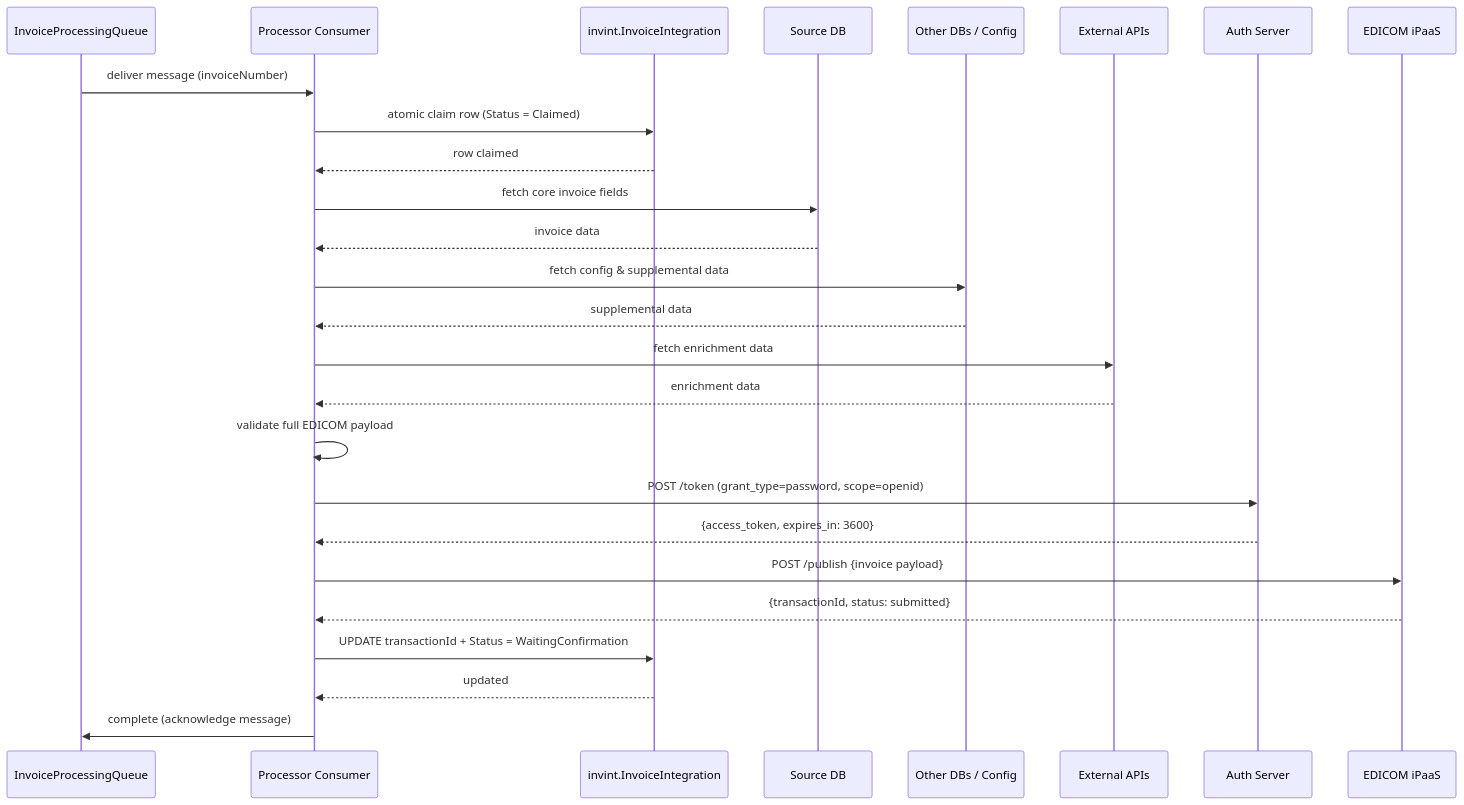
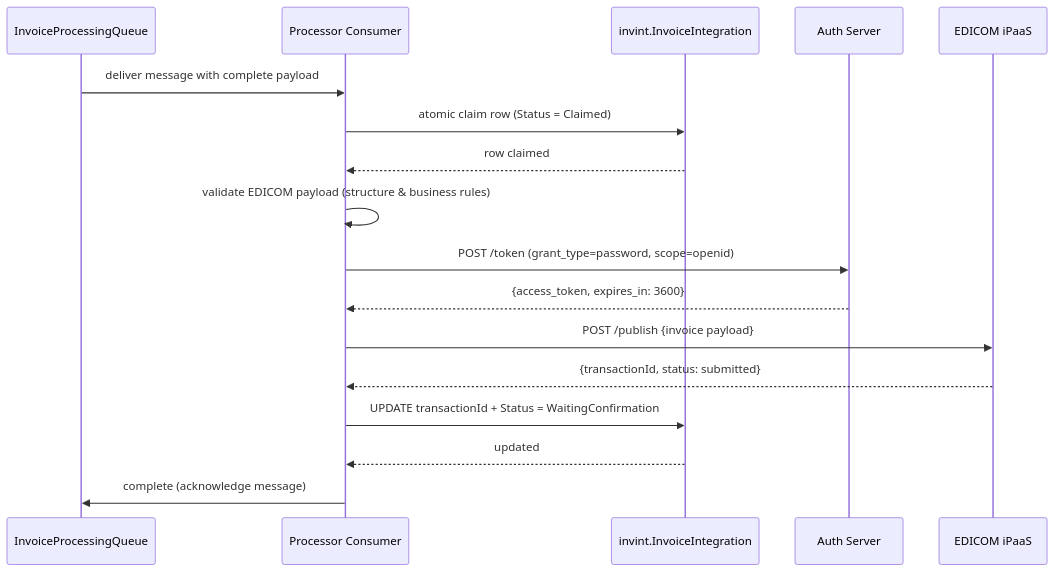
One commit to ctorresunimag95/Designs changed the fourth of 6 diagrams in InvoiceIntegrator/ARCHITECTURE-OPTIONS.md. Above: the diagram before and after it, drawn with Mermaid. The commit also changed other lines of this file and 1 other file, not shown here.

````diff
--- a/InvoiceIntegrator/ARCHITECTURE-OPTIONS.md
+++ b/InvoiceIntegrator/ARCHITECTURE-OPTIONS.md
@@ -149,34 +159,24 @@
 ```mermaid
 sequenceDiagram
   participant Queue as InvoiceProcessingQueue
   participant Proc as Processor Consumer
   participant IntDB as invint.InvoiceIntegration
-  participant SrcDB as Source DB
-  participant OtherDB as Other DBs / Config
-  participant ExtAPI as External APIs
   participant Auth as Auth Server
   participant Edicom as EDICOM iPaaS
 
-  Queue->>Proc: deliver message (invoiceNumber)
+  Queue->>Proc: deliver message with complete payload
   Proc->>IntDB: atomic claim row (Status = Claimed)
   IntDB-->>Proc: row claimed
 
-  Proc->>SrcDB: fetch core invoice fields
-  SrcDB-->>Proc: invoice data
-  Proc->>OtherDB: fetch config & supplemental data
-  OtherDB-->>Proc: supplemental data
-  Proc->>ExtAPI: fetch enrichment data
-  ExtAPI-->>Proc: enrichment data
-
-  Proc->>Proc: validate full EDICOM payload
+  Proc->>Proc: validate EDICOM payload (structure & business rules)
 
   Proc->>Auth: POST /token (grant_type=password, scope=openid)
   Auth-->>Proc: {access_token, expires_in: 3600}
 
   Proc->>Edicom: POST /publish {invoice payload}
   Edicom-->>Proc: {transactionId, status: submitted}
 
   Proc->>IntDB: UPDATE transactionId + Status = WaitingConfirmation
   IntDB-->>Proc: updated
   Proc->>Queue: complete (acknowledge message)
 ```
````
